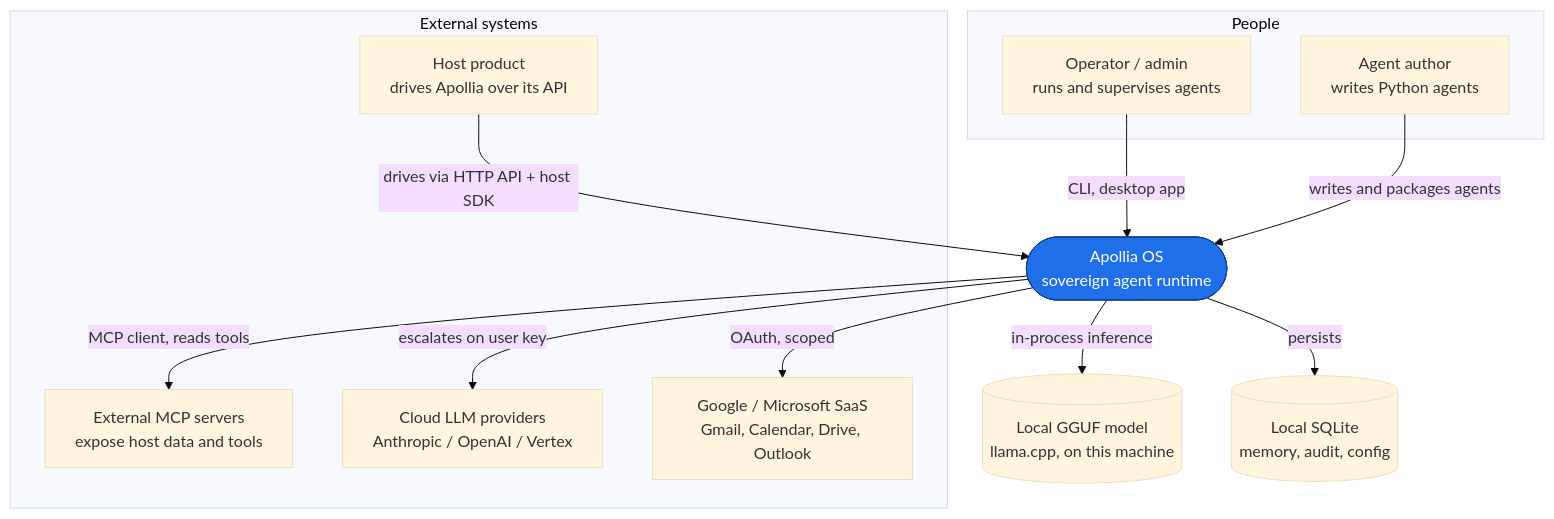
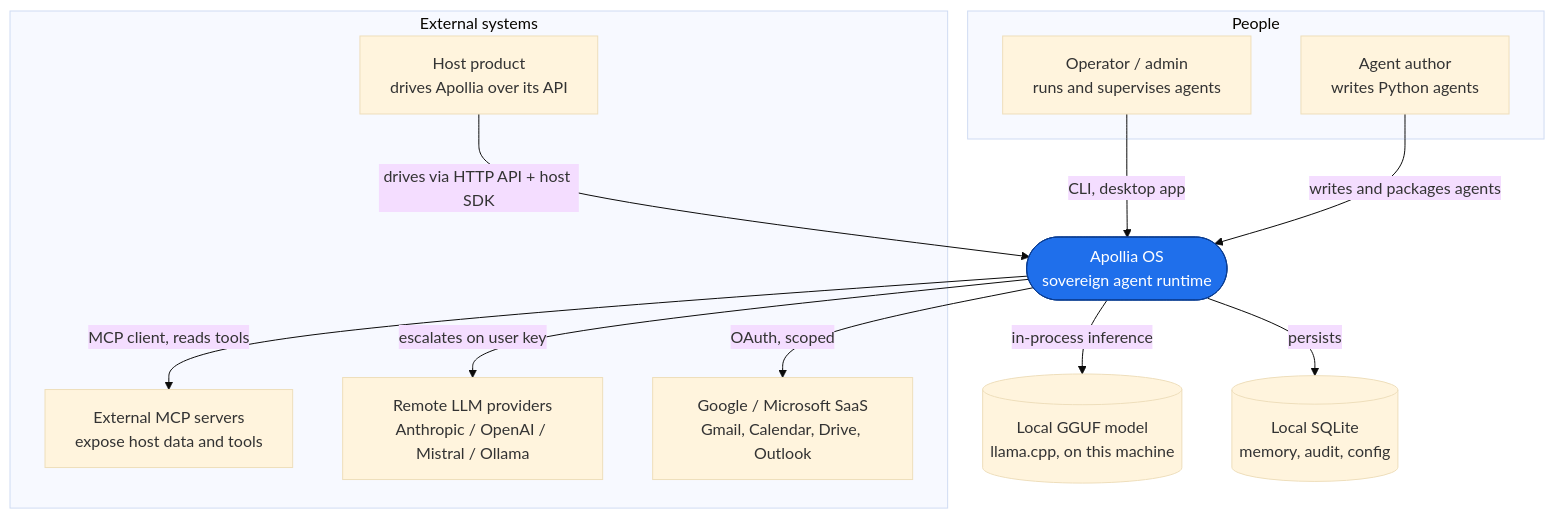
The diagram in docs/site/docs/architecture/03-context-and-scope.md (nidal-z/apollia-os), drawn with Mermaid (base theme) before and after one commit. The commit also changed other lines of this file and 106 other files, not shown here.

````diff
--- a/docs/site/docs/architecture/03-context-and-scope.md
+++ b/docs/site/docs/architecture/03-context-and-scope.md
@@ -14,31 +14,31 @@
 ```mermaid
 flowchart TB
     subgraph external_people [People]
         operator["Operator / admin<br/>runs and supervises agents"]
         author["Agent author<br/>writes Python agents"]
     end
 
     subgraph external_systems [External systems]
         host["Host product<br/>drives Apollia over its API"]
         mcp["External MCP servers<br/>expose host data and tools"]
-        cloud["Cloud LLM providers<br/>Anthropic / OpenAI / Vertex"]
+        cloud["Remote LLM providers<br/>Anthropic / OpenAI / Mistral / Ollama"]
         saas["Google / Microsoft SaaS<br/>Gmail, Calendar, Drive, Outlook"]
     end
 
     apollia(["Apollia OS<br/>sovereign agent runtime"])
 
     localmodel[("Local GGUF model<br/>llama.cpp, on this machine")]
     localdb[("Local SQLite<br/>memory, audit, config")]
 
     operator -->|CLI, desktop app| apollia
     author -->|writes and packages agents| apollia
     host -->|drives via HTTP API + host SDK| apollia
     apollia -->|MCP client, reads tools| mcp
     apollia -->|escalates on user key| cloud
     apollia -->|OAuth, scoped| saas
     apollia -->|in-process inference| localmodel
     apollia -->|persists| localdb
 
     classDef sys fill:#1f6feb,stroke:#0b3d91,color:#fff;
     class apollia sys;
 ```
````
